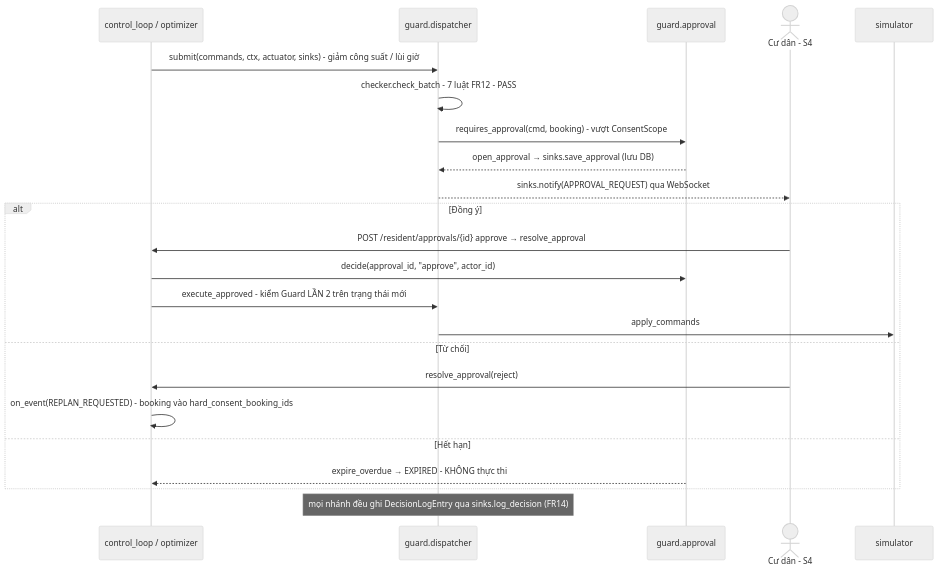
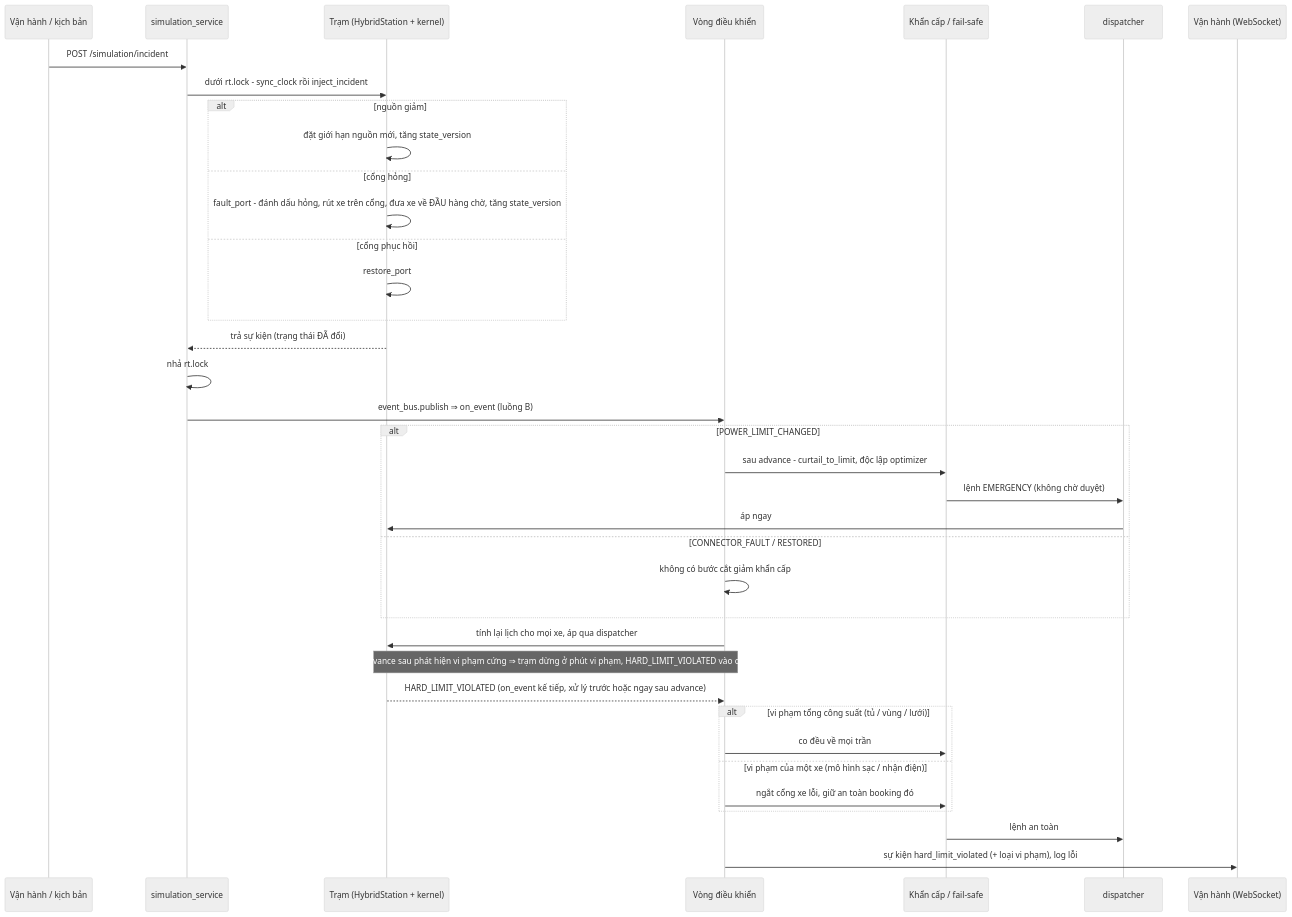
The fifth of 5 diagrams in docs/architecture_diagram.md (hieulhaiwork/Temp-ChargePilot-Simulator), drawn with Mermaid (neutral theme) before and after one commit. The commit also changed other lines of this file and 111 other files, not shown here.

````diff
--- a/docs/architecture_diagram.md
+++ b/docs/architecture_diagram.md
@@ -347,25 +289,39 @@
 ```mermaid
 sequenceDiagram
-    participant CL as control_loop / optimizer
-    participant DP as guard.dispatcher
-    participant AP as guard.approval
-    actor R as Cư dân - S4
-    participant SIM as simulator
-    CL->>DP: submit(commands, ctx, actuator, sinks) - giảm công suất / lùi giờ
-    DP->>DP: checker.check_batch - 7 luật FR12 - PASS
-    DP->>AP: requires_approval(cmd, booking) - vượt ConsentScope
-    AP-->>DP: open_approval → sinks.save_approval (lưu DB)
-    DP-->>R: sinks.notify(APPROVAL_REQUEST) qua WebSocket
-    alt Đồng ý
-        R->>CL: POST /resident/approvals/{id} approve → resolve_approval
-        CL->>AP: decide(approval_id, "approve", actor_id)
-        CL->>DP: execute_approved - kiểm Guard LẦN 2 trên trạng thái mới
-        DP->>SIM: apply_commands
-    else Từ chối
-        R->>CL: resolve_approval(reject)
-        CL->>CL: on_event(REPLAN_REQUESTED) - booking vào hard_consent_booking_ids
-    else Hết hạn
-        AP-->>CL: expire_overdue → EXPIRED - KHÔNG thực thi
+    participant E as Vận hành / kịch bản
+    participant S as simulation_service
+    participant K as Trạm (HybridStation + kernel)
+    participant L as Vòng điều khiển
+    participant EM as Khẩn cấp / fail-safe
+    participant D as dispatcher
+    participant O as Vận hành (WebSocket)
+    E->>S: POST /simulation/incident
+    S->>K: dưới rt.lock - sync_clock rồi inject_incident
+    alt nguồn giảm
+        K->>K: đặt giới hạn nguồn mới, tăng state_version
+    else cổng hỏng
+        K->>K: fault_port - đánh dấu hỏng, rút xe trên cổng, đưa xe về ĐẦU hàng chờ, tăng state_version
+    else cổng phục hồi
+        K->>K: restore_port
     end
-    Note over DP: mọi nhánh đều ghi DecisionLogEntry qua sinks.log_decision (FR14)
+    K-->>S: trả sự kiện (trạng thái ĐÃ đổi)
+    S->>S: nhả rt.lock
+    S->>L: event_bus.publish ⇒ on_event (luồng B)
+    alt POWER_LIMIT_CHANGED
+        L->>EM: sau advance - curtail_to_limit, độc lập optimizer
+        EM->>D: lệnh EMERGENCY (không chờ duyệt)
+        D->>K: áp ngay
+    else CONNECTOR_FAULT / RESTORED
+        L->>L: không có bước cắt giảm khẩn cấp
+    end
+    L->>K: tính lại lịch cho mọi xe, áp qua dispatcher
+    Note over K,L: lần advance sau phát hiện vi phạm cứng ⇒ trạm dừng ở phút vi phạm, HARD_LIMIT_VIOLATED vào outbox
+    K-->>L: HARD_LIMIT_VIOLATED (on_event kế tiếp, xử lý trước hoặc ngay sau advance)
+    alt vi phạm tổng công suất (tủ / vùng / lưới)
+        L->>EM: co đều về mọi trần
+    else vi phạm của một xe (mô hình sạc / nhận điện)
+        L->>EM: ngắt cổng xe lỗi, giữ an toàn booking đó
+    end
+    EM->>D: lệnh an toàn
+    L->>O: sự kiện hard_limit_violated (+ loại vi phạm), log lỗi
 ```
````
